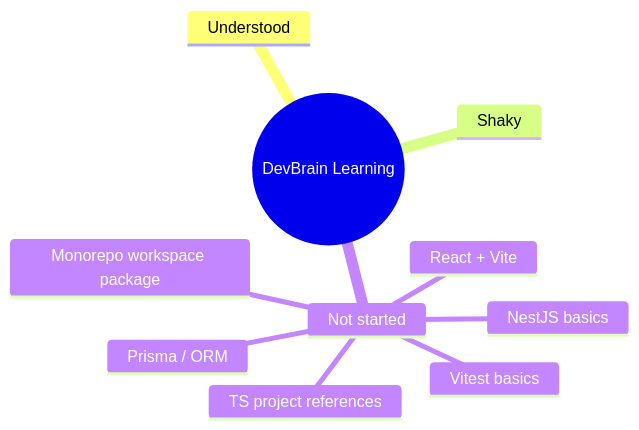
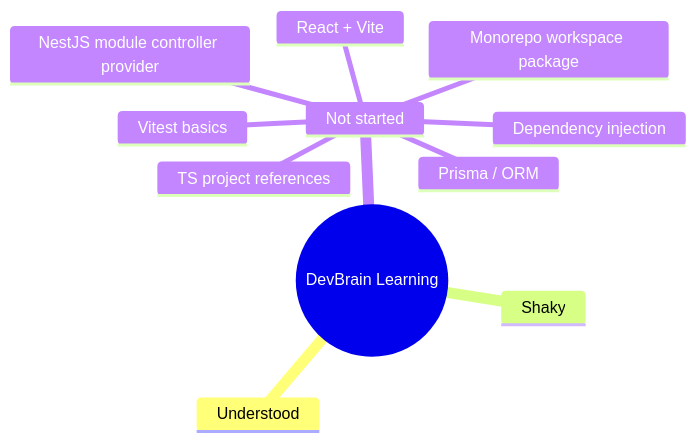
Before and after one commit to Phonghigh/DevBrain: the diagram in docs/LEARNING_LOG.md, drawn with Mermaid. The commit also changed other lines of this file and 12 other files, not shown here.

````diff
--- a/docs/LEARNING_LOG.md
+++ b/docs/LEARNING_LOG.md
@@ -26,13 +27,14 @@
 ```mermaid
 mindmap
   root((DevBrain Learning))
     Understood
     Shaky
     Not started
       Monorepo workspace package
       TS project references
       Vitest basics
-      NestJS basics
+      NestJS module controller provider
+      Dependency injection
       Prisma / ORM
       React + Vite
 ```
````
